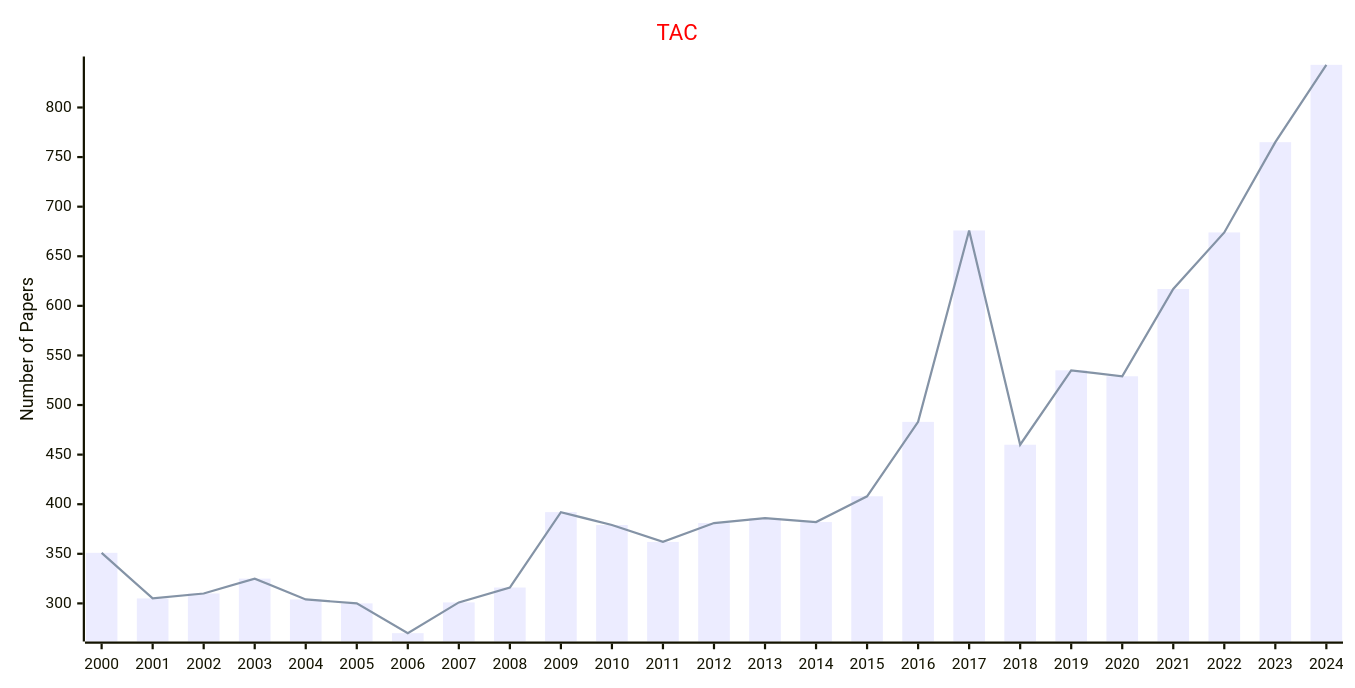
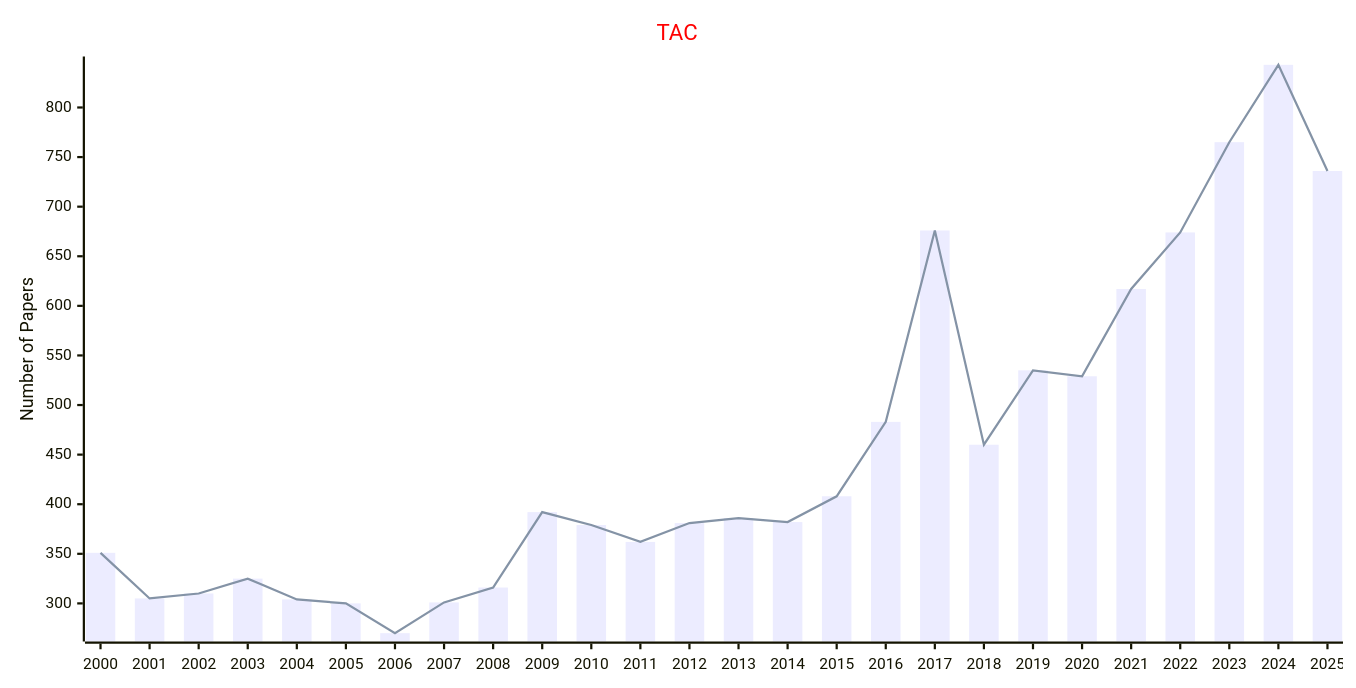
Before and after one commit to Easy-PhD/AILinks: the sixth of 9 diagrams in docs/data/Journals/Statistics_Journals/Control_and_Automation.md, drawn with Mermaid. The commit also changed other lines of this file and 107 other files, not shown here.

````diff
--- a/docs/data/Journals/Statistics_Journals/Control_and_Automation.md
+++ b/docs/data/Journals/Statistics_Journals/Control_and_Automation.md
@@ -111,17 +129,17 @@
 ```mermaid
 ---
 config:
     xyChart:
         width: 1200
         height: 600
     themeVariables:
         xyChart:
             titleColor: "#ff0000"
 ---
 xychart-beta
     title "TAC"
-    x-axis [2000, 2001, 2002, 2003, 2004, 2005, 2006, 2007, 2008, 2009, 2010, 2011, 2012, 2013, 2014, 2015, 2016, 2017, 2018, 2019, 2020, 2021, 2022, 2023, 2024]
+    x-axis [2000, 2001, 2002, 2003, 2004, 2005, 2006, 2007, 2008, 2009, 2010, 2011, 2012, 2013, 2014, 2015, 2016, 2017, 2018, 2019, 2020, 2021, 2022, 2023, 2024, 2025]
     y-axis "Number of Papers"
-    bar [351, 305, 310, 325, 304, 300, 270, 301, 316, 392, 379, 362, 381, 386, 382, 408, 483, 676, 460, 535, 529, 617, 674, 765, 843]
-    line [351, 305, 310, 325, 304, 300, 270, 301, 316, 392, 379, 362, 381, 386, 382, 408, 483, 676, 460, 535, 529, 617, 674, 765, 843]
+    bar [351, 305, 310, 325, 304, 300, 270, 301, 316, 392, 379, 362, 381, 386, 382, 408, 483, 676, 460, 535, 529, 617, 674, 765, 843, 736]
+    line [351, 305, 310, 325, 304, 300, 270, 301, 316, 392, 379, 362, 381, 386, 382, 408, 483, 676, 460, 535, 529, 617, 674, 765, 843, 736]
 ```
````
